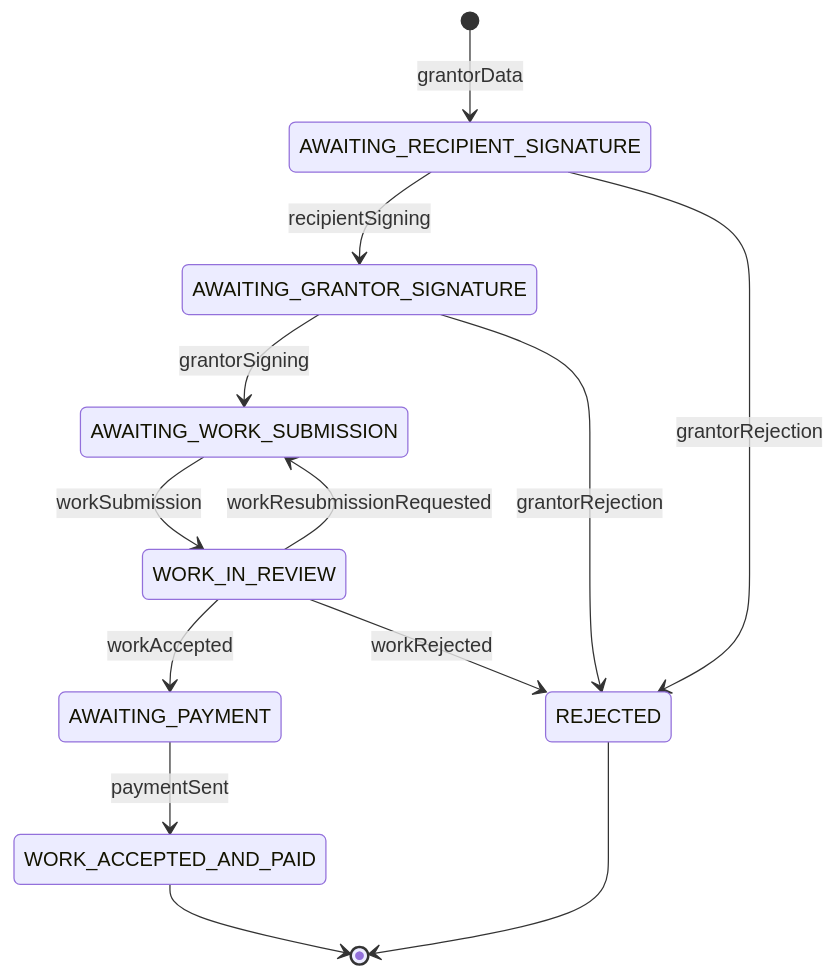
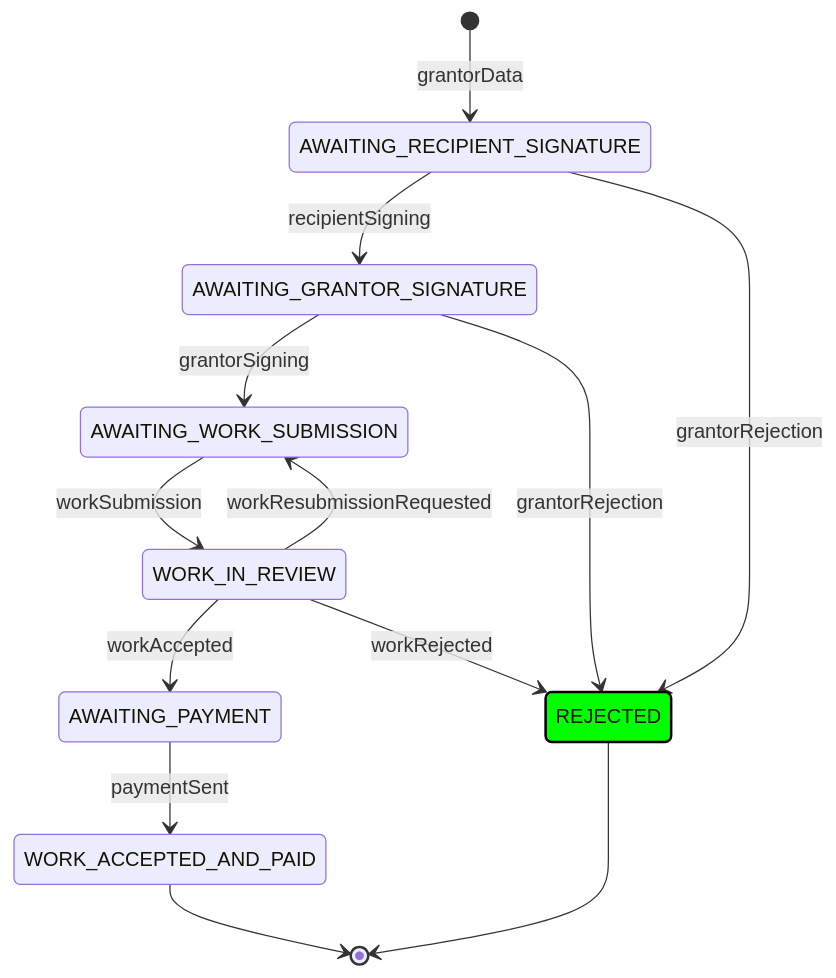
The fifth of 5 diagrams in lua-actor/src/dfsm-with-tx.md (Consensys-Network-State/signet-execution-prototype), drawn with Mermaid before and after one commit. The commit also changed other lines of this file, not shown here.

````diff
--- a/lua-actor/src/dfsm-with-tx.md
+++ b/lua-actor/src/dfsm-with-tx.md
@@ -1,21 +116,24 @@
 ```mermaid
 stateDiagram-v2
     [*] --> AWAITING_RECIPIENT_SIGNATURE: grantorData
     
     AWAITING_RECIPIENT_SIGNATURE --> AWAITING_GRANTOR_SIGNATURE: recipientSigning
     AWAITING_RECIPIENT_SIGNATURE --> REJECTED: grantorRejection
     
     AWAITING_GRANTOR_SIGNATURE --> AWAITING_WORK_SUBMISSION: grantorSigning
     AWAITING_GRANTOR_SIGNATURE --> REJECTED: grantorRejection
     
     AWAITING_WORK_SUBMISSION --> WORK_IN_REVIEW: workSubmission
     
     WORK_IN_REVIEW --> AWAITING_WORK_SUBMISSION: workResubmissionRequested
     WORK_IN_REVIEW --> AWAITING_PAYMENT: workAccepted
     WORK_IN_REVIEW --> REJECTED: workRejected
     
     AWAITING_PAYMENT --> WORK_ACCEPTED_AND_PAID: paymentSent
     
     WORK_ACCEPTED_AND_PAID --> [*]
     REJECTED --> [*]
-``` 
+
+    classDef testPath fill:#00ff00,stroke:#000,stroke-width:2px
+    class REJECTED testPath
+```
````
